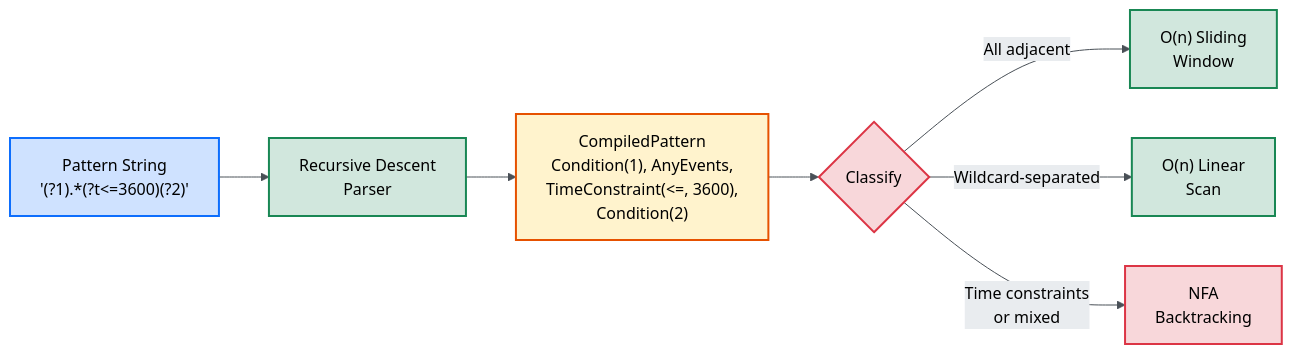
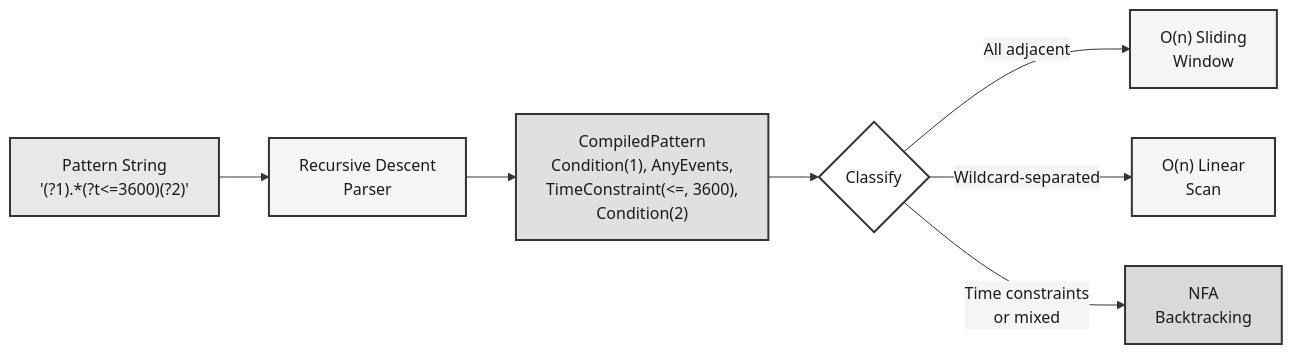
Before and after one commit to tomtom215/duckdb-behavioral: the fourth of 4 diagrams in docs/src/engineering.md, drawn with Mermaid. The commit also changed other lines of this file and 16 other files, not shown here.

First line of the commit message:
Enterprise quality: 23 new tests (411→434), Mermaid grayscale, doc updates

````diff
--- a/docs/src/engineering.md
+++ b/docs/src/engineering.md
@@ -360,18 +360,18 @@
 ```mermaid
-%%{init: {'theme': 'base', 'themeVariables': {'primaryColor': '#f8f9fa', 'primaryTextColor': '#000000', 'primaryBorderColor': '#495057', 'lineColor': '#495057', 'secondaryColor': '#e9ecef', 'tertiaryColor': '#dee2e6', 'textColor': '#000000'}}}%%
+%%{init: {'theme': 'base', 'themeVariables': {'primaryColor': '#ffffff', 'primaryTextColor': '#1a1a1a', 'primaryBorderColor': '#333333', 'lineColor': '#333333', 'secondaryColor': '#f5f5f5', 'tertiaryColor': '#e0e0e0', 'textColor': '#1a1a1a'}}}%%
 flowchart LR
     SQL["Pattern String<br/>'(?1).*(?t<=3600)(?2)'"] --> PARSE["Recursive Descent<br/>Parser"]
     PARSE --> STEPS["CompiledPattern<br/>Condition(1), AnyEvents,<br/>TimeConstraint(<=, 3600),<br/>Condition(2)"]
     STEPS --> CLASS{Classify}
     CLASS -->|"All adjacent"| FAST1["O(n) Sliding<br/>Window"]
     CLASS -->|"Wildcard-separated"| FAST2["O(n) Linear<br/>Scan"]
     CLASS -->|"Time constraints<br/>or mixed"| NFA["NFA<br/>Backtracking"]
 
-    style SQL fill:#cfe2ff,stroke:#0d6efd,stroke-width:2px,color:#000000
-    style PARSE fill:#d1e7dd,stroke:#198754,stroke-width:2px,color:#000000
-    style STEPS fill:#fff3cd,stroke:#e65100,stroke-width:2px,color:#000000
-    style CLASS fill:#f8d7da,stroke:#dc3545,stroke-width:2px,color:#000000
-    style FAST1 fill:#d1e7dd,stroke:#198754,stroke-width:2px,color:#000000
-    style FAST2 fill:#d1e7dd,stroke:#198754,stroke-width:2px,color:#000000
-    style NFA fill:#f8d7da,stroke:#dc3545,stroke-width:2px,color:#000000
+    style SQL fill:#e8e8e8,stroke:#333333,stroke-width:2px,color:#1a1a1a
+    style PARSE fill:#f5f5f5,stroke:#333333,stroke-width:2px,color:#1a1a1a
+    style STEPS fill:#e0e0e0,stroke:#333333,stroke-width:2px,color:#1a1a1a
+    style CLASS fill:#ffffff,stroke:#333333,stroke-width:2px,color:#1a1a1a
+    style FAST1 fill:#f5f5f5,stroke:#333333,stroke-width:2px,color:#1a1a1a
+    style FAST2 fill:#f5f5f5,stroke:#333333,stroke-width:2px,color:#1a1a1a
+    style NFA fill:#d9d9d9,stroke:#333333,stroke-width:2px,color:#1a1a1a
 ```
````
